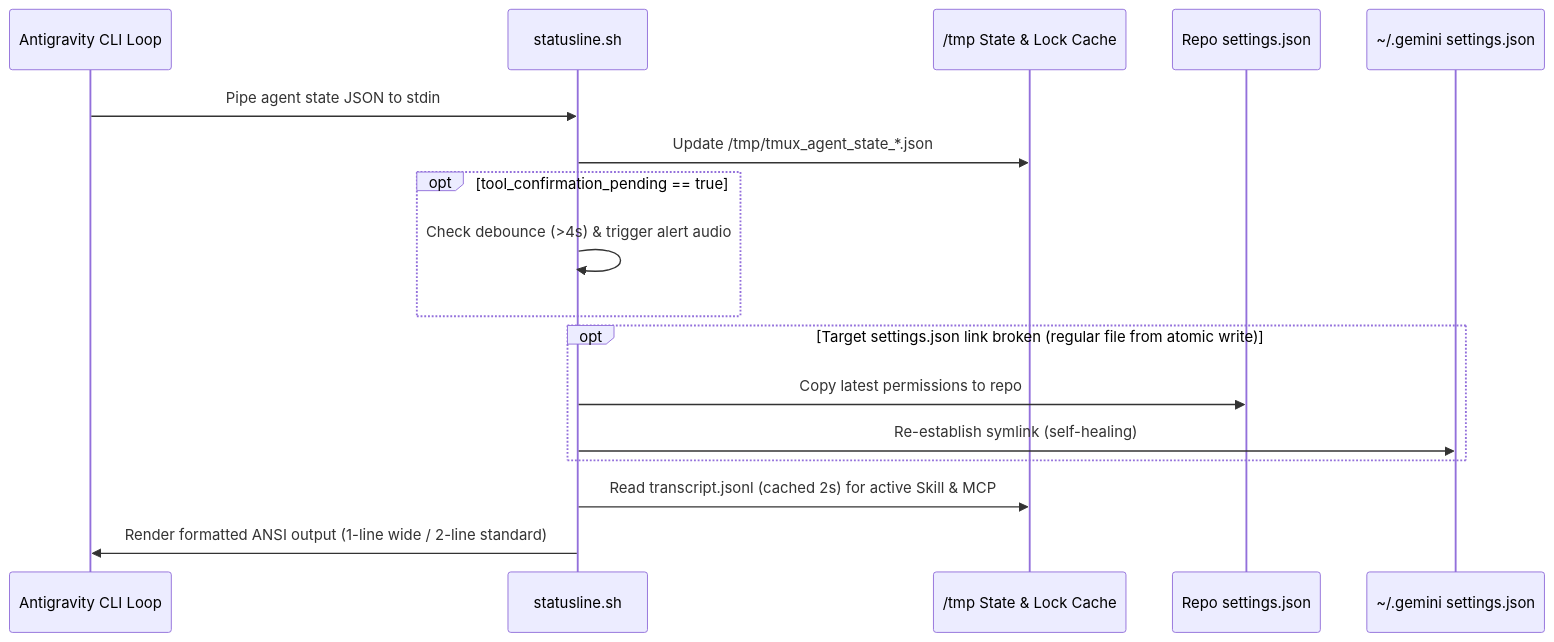
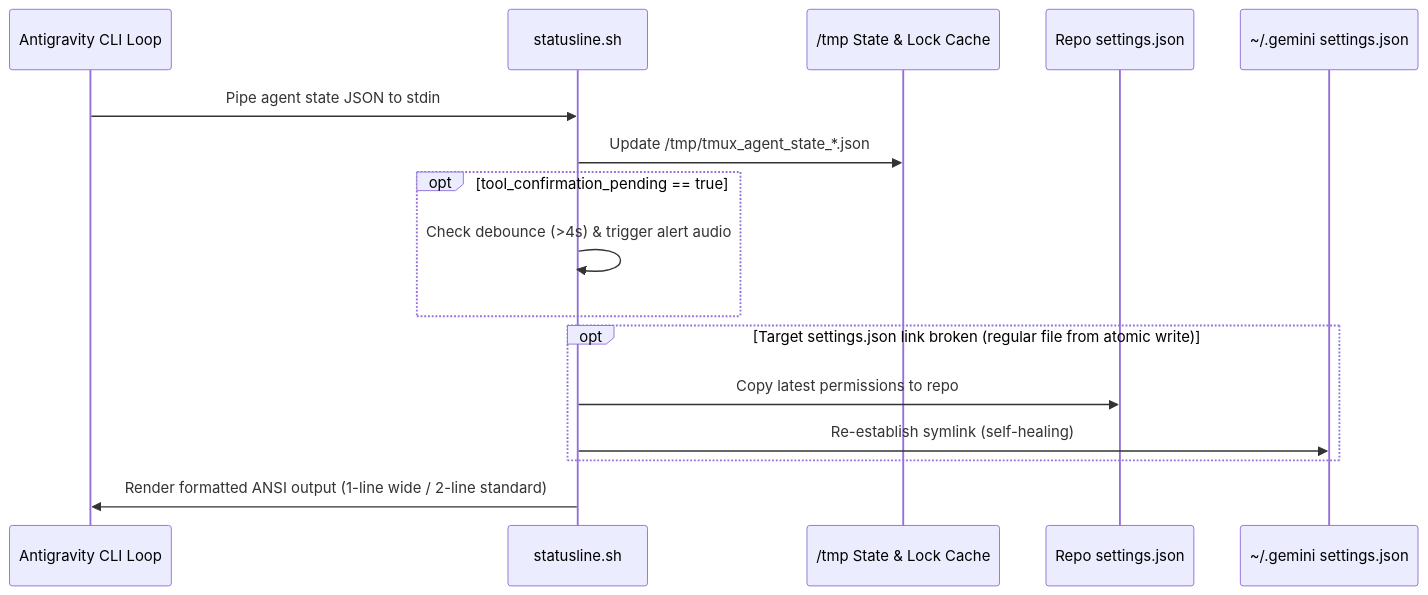
Before and after one commit to KAnggara75/.gemini: the third of 4 diagrams in ARCHITECTURE.md, drawn with Mermaid. The commit also changed other lines of this file, not shown here.

Commit message:
docs(architecture): update statusline flow sequence diagram

````diff
--- a/ARCHITECTURE.md
+++ b/ARCHITECTURE.md
@@ -124,23 +124,22 @@
 ```mermaid
 sequenceDiagram
     participant CLI as Antigravity CLI Loop
     participant SL as statusline.sh
     participant Cache as /tmp State & Lock Cache
     participant Repo as Repo settings.json
     participant Target as ~/.gemini settings.json
 
     CLI->>SL: Pipe agent state JSON to stdin
     SL->>Cache: Update /tmp/tmux_agent_state_*.json
     
     opt tool_confirmation_pending == true
         SL->>SL: Check debounce (>4s) & trigger alert audio
     end
 
     opt Target settings.json link broken (regular file from atomic write)
         SL->>Repo: Copy latest permissions to repo
         SL->>Target: Re-establish symlink (self-healing)
     end
 
-    SL->>Cache: Read transcript.jsonl (cached 2s) for active Skill & MCP
     SL->>CLI: Render formatted ANSI output (1-line wide / 2-line standard)
 ```
````
